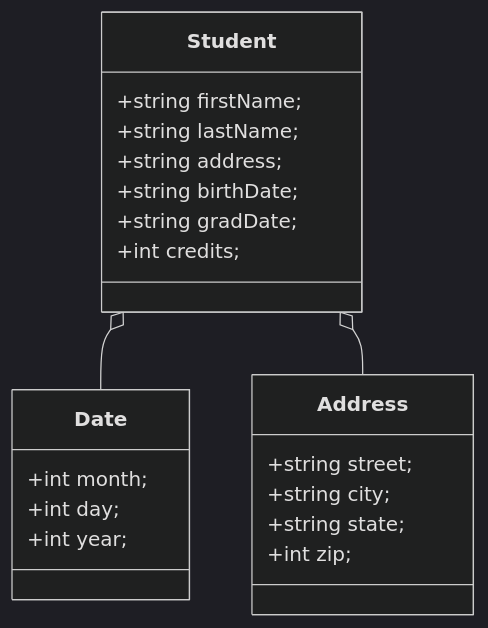
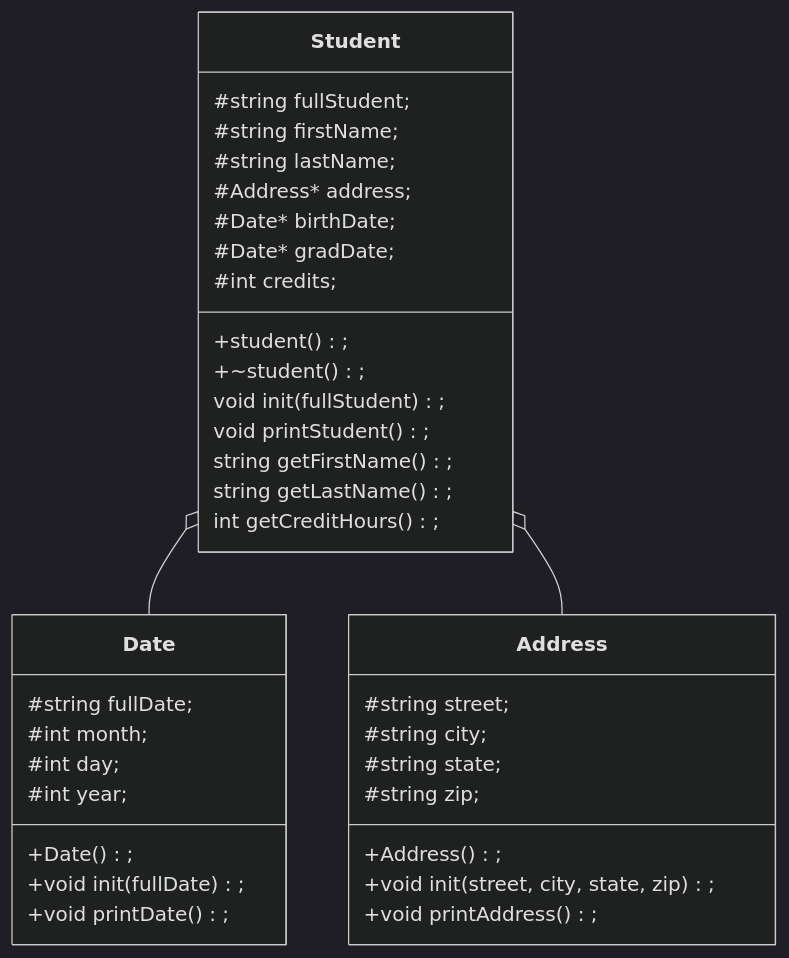
Before and after one commit to nicholascoooper/Heap-of-students: the diagram in README.md, drawn with Mermaid (dark theme). The commit also changed 1 other file, not shown here.

Commit message:
mermaid test

````diff
--- a/README.md
+++ b/README.md
@@ -1,29 +1,45 @@
 ```mermaid
 classDiagram
 
     class Address{
-        +string street;
-        +string city;
-        +string state;
-        +int zip;    
+        #string street;
+        #string city;
+        #string state;
+        #string zip;
+        +Address();
+        +void init(street, city, state, zip);
+        +void printAddress();
     } 
     
     class Date{
-        +int month;
-        +int day;
-        +int year;
+        #string fullDate;
+        #int month;
+        #int day;
+        #int year;
+        +Date();
+        +void init(fullDate);
+        +void printDate();
+        
     }
 
     class Student{
-    +string firstName;
-    +string lastName;
-    +string address;
-    +string birthDate;
-    +string gradDate;
-    +int credits;
+        #string fullStudent;
+        #string firstName;
+        #string lastName;
+        #Address* address;
+        #Date* birthDate;
+        #Date* gradDate;
+        #int credits;
+        +student();
+        +~student();
+        void init(fullStudent);
+        void printStudent();
+        string getFirstName();
+        string getLastName();
+        int getCreditHours();
     }
 
 Student o-- Date
 Student o-- Address
 
  ```
````
